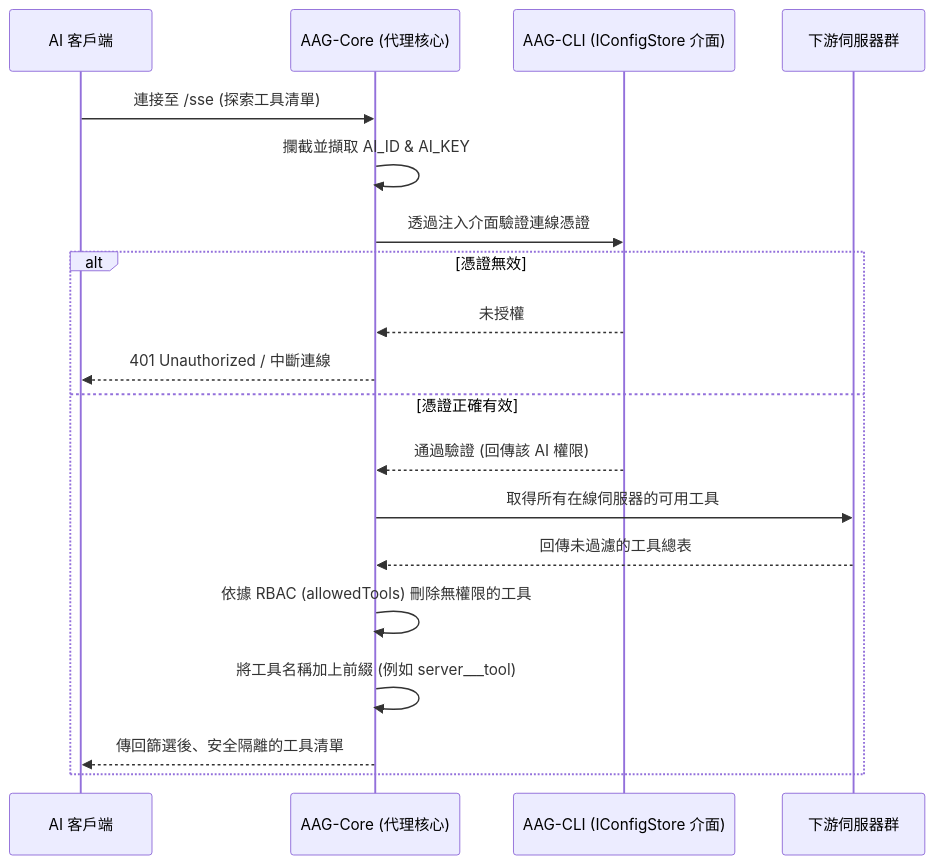
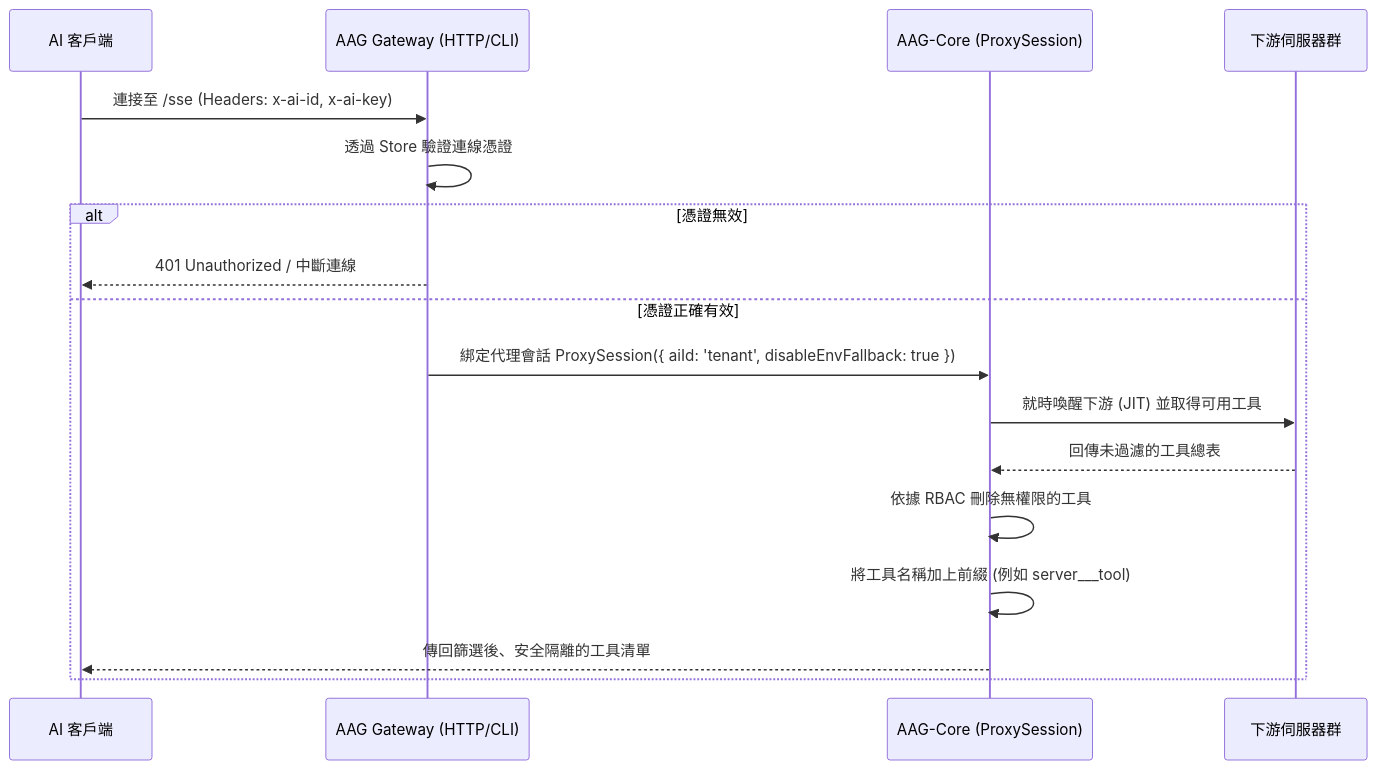
Before and after one commit to Cyber-Sec-Space/ai-auth-gateway: the second of 3 diagrams in ARCHITECTURE_ZH.md, drawn with Mermaid. The commit also changed other lines of this file and 1 other file, not shown here.

Commit message:
docs(architecture): update sequence diagrams to reflect aag-core v2.0.0 SaaS ProxySession bindings and JIT Wakeup mechanisms

````diff
--- a/ARCHITECTURE_ZH.md
+++ b/ARCHITECTURE_ZH.md
@@ -100,22 +100,20 @@
 ```mermaid
 sequenceDiagram
     participant AI as AI 客戶端
-    participant Core as AAG-Core (代理核心)
-    participant CFG as AAG-CLI (IConfigStore 介面)
+    participant GW as AAG Gateway (HTTP/CLI)
+    participant Core as AAG-Core (ProxySession)
     participant MCP as 下游伺服器群
 
-    AI->>Core: 連接至 /sse (探索工具清單)
-    Core->>Core: 攔截並擷取 AI_ID & AI_KEY
-    Core->>CFG: 透過注入介面驗證連線憑證
+    AI->>GW: 連接至 /sse (Headers: x-ai-id, x-ai-key)
+    GW->>GW: 透過 Store 驗證連線憑證
     alt 憑證無效
-        CFG-->>Core: 未授權
-        Core-->>AI: 401 Unauthorized / 中斷連線
+        GW-->>AI: 401 Unauthorized / 中斷連線
     else 憑證正確有效
-        CFG-->>Core: 通過驗證 (回傳該 AI 權限)
-        Core->>MCP: 取得所有在線伺服器的可用工具
+        GW->>Core: 綁定代理會話 ProxySession({ aiId: 'tenant', disableEnvFallback: true })
+        Core->>MCP: 就時喚醒下游 (JIT) 並取得可用工具
         MCP-->>Core: 回傳未過濾的工具總表
-        Core->>Core: 依據 RBAC (allowedTools) 刪除無權限的工具
+        Core->>Core: 依據 RBAC 刪除無權限的工具
         Core->>Core: 將工具名稱加上前綴 (例如 server___tool)
         Core-->>AI: 傳回篩選後、安全隔離的工具清單
     end
 ```
````
